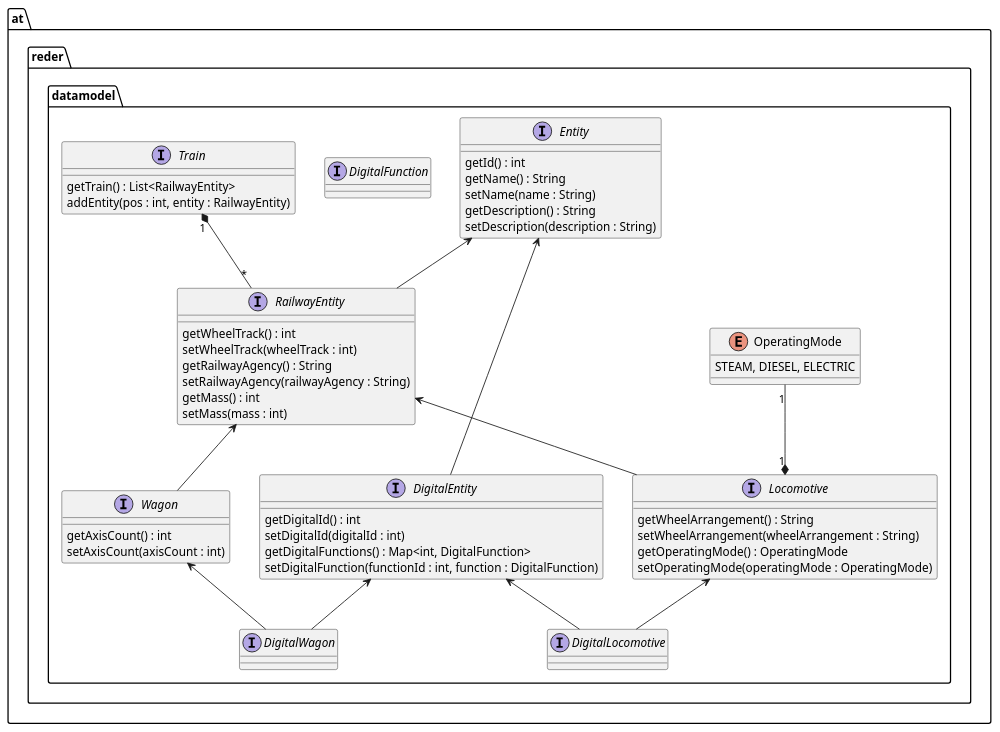
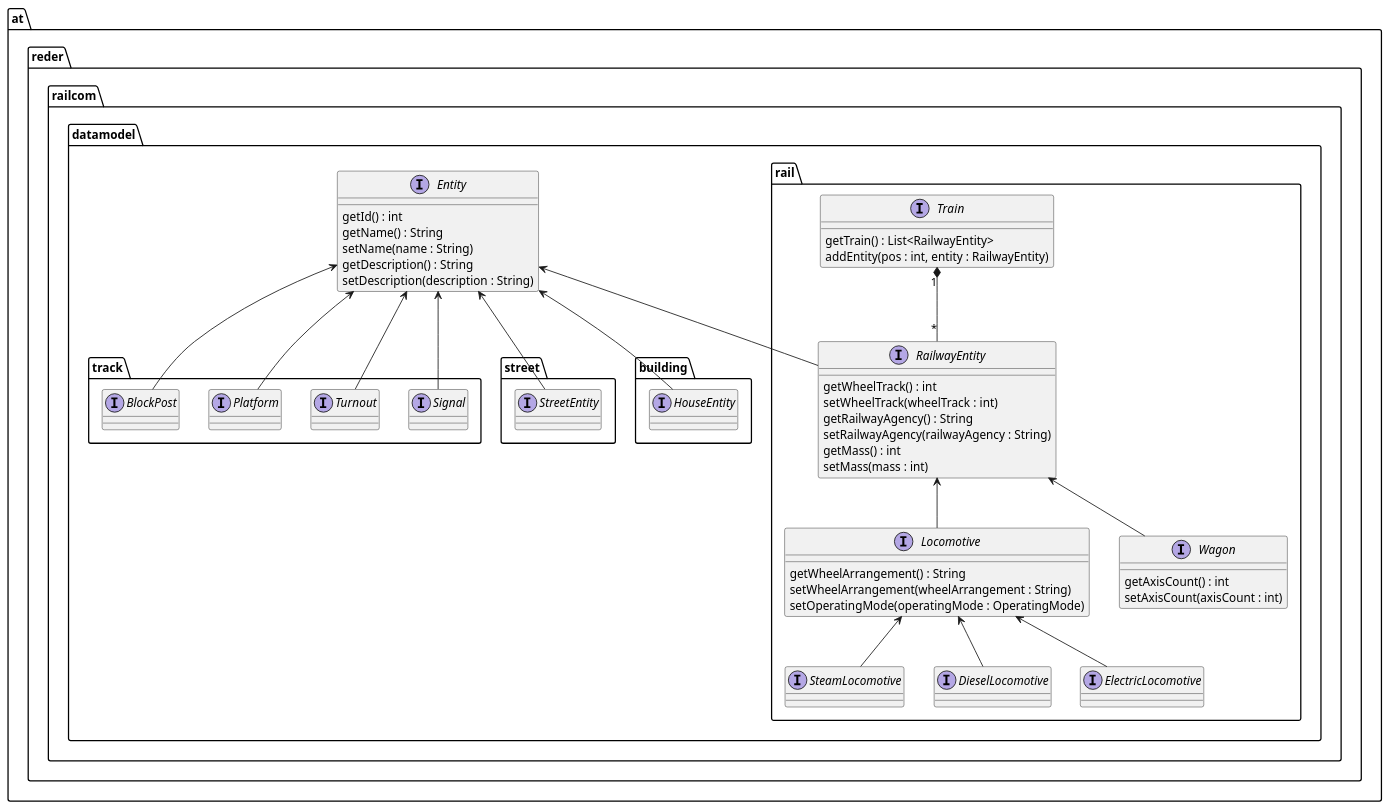
The diagram in RailCom/DataModel/.projectKnowledge/uml/datamodel.puml (alexanderreder/railcom), drawn with PlantUML before and after one commit. The commit also changed 6 other files, not shown here.

```diff
--- a/RailCom/DataModel/.projectKnowledge/uml/datamodel.puml
+++ b/RailCom/DataModel/.projectKnowledge/uml/datamodel.puml
@@ -1,79 +1,107 @@
 @startuml
-namespace at.reder.datamodel {
+namespace at.reder.railcom.datamodel {
     interface Entity {
-        getId() : int        
+        getId() : int
         getName() : String
         setName(name : String)
         getDescription() : String
         setDescription(description : String)
     }
+
+
+}
+
+namespace at.reder.railcom.datamodel.rail {
 
     interface RailwayEntity {
         getWheelTrack() : int
         setWheelTrack(wheelTrack : int)
         getRailwayAgency() : String
         setRailwayAgency(railwayAgency : String)
         getMass() : int
         setMass(mass : int)
     }
 
-    Entity <-- RailwayEntity
+    at.reder.railcom.datamodel.Entity <-- RailwayEntity
 
-    interface DigitalFunction {
-    }
-
-    interface DigitalEntity {
-        getDigitalId() : int
-        setDigitalId(digitalId : int)
-        getDigitalFunctions() : Map<int, DigitalFunction>
-        setDigitalFunction(functionId : int, function : DigitalFunction)
-    }
-
-    Entity <-- DigitalEntity
-
-    enum OperatingMode {
-        STEAM, DIESEL, ELECTRIC
-    }
     interface Locomotive {
         getWheelArrangement() : String
         setWheelArrangement(wheelArrangement : String)
-        getOperatingMode() : OperatingMode
         setOperatingMode(operatingMode : OperatingMode)
     }
 
-    OperatingMode "1" --* "1" Locomotive
+    RailwayEntity <-- Locomotive
 
-    RailwayEntity <-- Locomotive
-    
-
-    interface DigitalLocomotive {
-
+    interface SteamLocomotive {
     }
 
-    DigitalEntity <-- DigitalLocomotive
-    Locomotive <-- DigitalLocomotive
+    Locomotive <-- SteamLocomotive
+
+    interface DieselLocomotive {
+    }
+
+    Locomotive <-- DieselLocomotive
+
+    interface ElectricLocomotive {
+    }
+
+    Locomotive <-- ElectricLocomotive
 
     interface Wagon {
         getAxisCount() : int
         setAxisCount(axisCount : int)
     }
 
 
-
     RailwayEntity <-- Wagon
 
-    interface DigitalWagon {
-    }
-
-    DigitalEntity <-- DigitalWagon
-    Wagon <-- DigitalWagon
 
     interface Train {
         getTrain() : List<RailwayEntity>
         addEntity(pos : int, entity : RailwayEntity)
     }
 
     Train "1" *-- "*" RailwayEntity
 
 }
+
+namespace at.reder.railcom.datamodel.track {
+
+    interface Signal {
+    }
+
+    at.reder.railcom.datamodel.Entity <-- Signal
+
+    interface Turnout {
+    }
+
+    at.reder.railcom.datamodel.Entity <-- Turnout
+
+    interface Platform {
+    }
+
+    at.reder.railcom.datamodel.Entity <-- Platform
+
+    interface BlockPost {
+    }
+
+    at.reder.railcom.datamodel.Entity <-- BlockPost
+}
+
+namespace at.reder.railcom.datamodel.street {
+
+    interface StreetEntity {
+    }
+
+    at.reder.railcom.datamodel.Entity <-- StreetEntity
+
+}
+
+namespace at.reder.railcom.datamodel.building {
+
+    interface HouseEntity {
+    }
+
+    at.reder.railcom.datamodel.Entity <-- HouseEntity
+}
 @enduml
```
